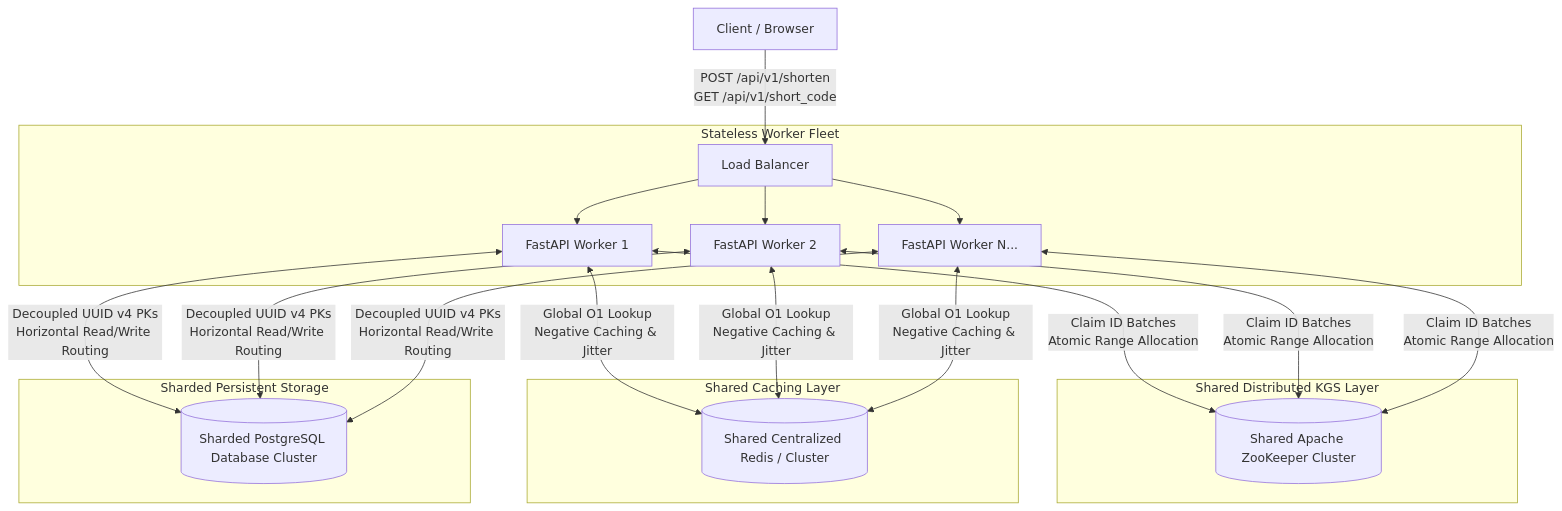
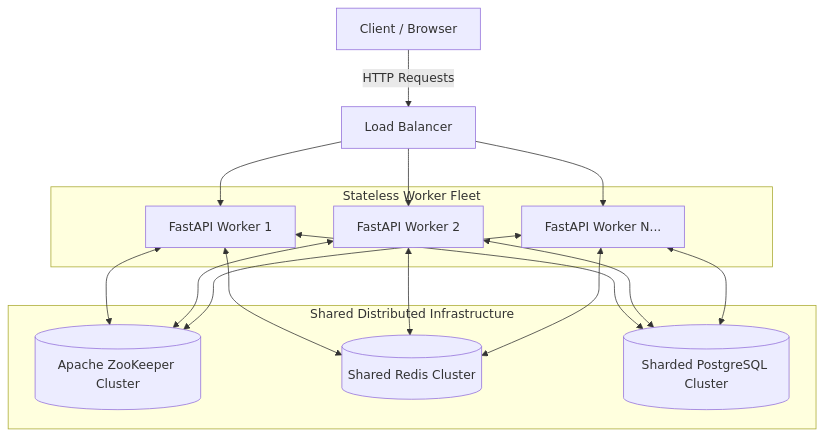
Before and after one commit to AnuragPandey01/System-Design-URL-Shortener: the first of 4 diagrams in README.md, drawn with Mermaid. The commit also changed other lines of this file, not shown here.

````diff
--- a/README.md
+++ b/README.md
@@ -38,22 +38,18 @@
 ```mermaid
 graph TD
-    Client[Client / Browser] -->|POST /api/v1/shorten\nGET /api/v1/short_code| LB[Load Balancer]
+    Client[Client / Browser] -->|HTTP Requests| LB[Load Balancer]
     
     subgraph Stateless Worker Fleet
-        LB --> W1[FastAPI Worker 1]
-        LB --> W2[FastAPI Worker 2]
-        LB --> WN[FastAPI Worker N...]
+        W1[FastAPI Worker 1]
+        W2[FastAPI Worker 2]
+        WN[FastAPI Worker N...]
     end
     
-    subgraph Shared Distributed KGS Layer
-        W1 & W2 & WN <-->|Claim ID Batches\nAtomic Range Allocation| ZK[(Shared Apache ZooKeeper Cluster)]
-    end
-
-    subgraph Shared Caching Layer
-        W1 & W2 & WN <-->|Global O1 Lookup\nNegative Caching & Jitter| Redis[(Shared Centralized Redis / Cluster)]
-    end
-
-    subgraph Sharded Persistent Storage
-        W1 & W2 & WN <-->|Decoupled UUID v4 PKs\nHorizontal Read/Write Routing| DB[(Sharded PostgreSQL Database Cluster)]
+    LB --> W1 & W2 & WN
+    
+    subgraph Shared Distributed Infrastructure
+        W1 & W2 & WN <--> ZK[(Apache ZooKeeper Cluster)]
+        W1 & W2 & WN <--> Redis[(Shared Redis Cluster)]
+        W1 & W2 & WN <--> DB[(Sharded PostgreSQL Cluster)]
     end
 ```
````
